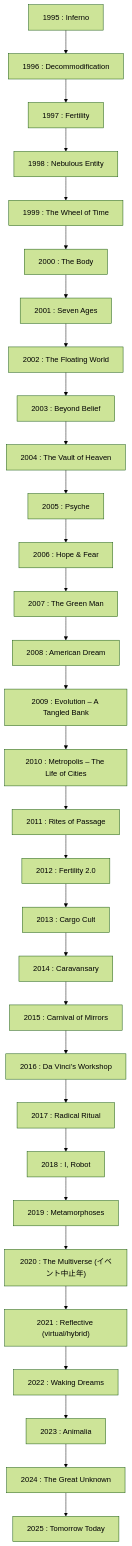
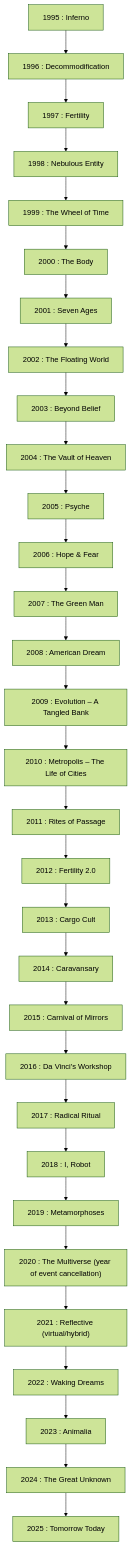
The diagram in en/_posts/2025-09-28-Column-Burningman.md (monumental-movement/monumental-movement.github.io), drawn with Mermaid (forest theme) before and after one commit. The commit also changed other lines of this file and 1631 other files, not shown here.

```diff
--- a/en/_posts/2025-09-28-Column-Burningman.md
+++ b/en/_posts/2025-09-28-Column-Burningman.md
@@ -137,34 +128,34 @@
 <div class="mermaid">
 flowchart TD
     A1995["1995 : Inferno"] --> A1996["1996 : Decommodification"]
     A1996 --> A1997["1997 : Fertility"]
     A1997 --> A1998["1998 : Nebulous Entity"]
     A1998 --> A1999["1999 : The Wheel of Time"]
     A1999 --> A2000["2000 : The Body"]
     A2000 --> A2001["2001 : Seven Ages"]
     A2001 --> A2002["2002 : The Floating World"]
     A2002 --> A2003["2003 : Beyond Belief"]
     A2003 --> A2004["2004 : The Vault of Heaven"]
     A2004 --> A2005["2005 : Psyche"]
     A2005 --> A2006["2006 : Hope & Fear"]
     A2006 --> A2007["2007 : The Green Man"]
     A2007 --> A2008["2008 : American Dream"]
     A2008 --> A2009["2009 : Evolution – A Tangled Bank"]
     A2009 --> A2010["2010 : Metropolis – The Life of Cities"]
     A2010 --> A2011["2011 : Rites of Passage"]
     A2011 --> A2012["2012 : Fertility 2.0"]
     A2012 --> A2013["2013 : Cargo Cult"]
     A2013 --> A2014["2014 : Caravansary"]
     A2014 --> A2015["2015 : Carnival of Mirrors"]
-    A2015 --> A2016["2016 : Da Vinci’s Workshop"]
+    A2015 --> A2016["2016 : Da Vinci's Workshop"]
     A2016 --> A2017["2017 : Radical Ritual"]
     A2017 --> A2018["2018 : I, Robot"]
     A2018 --> A2019["2019 : Metamorphoses"]
-    A2019 --> A2020["2020 : The Multiverse (イベント中止年)"]
+    A2019 --> A2020["2020 : The Multiverse (year of event cancellation)"]
     A2020 --> A2021["2021 : Reflective (virtual/hybrid)"]
     A2021 --> A2022["2022 : Waking Dreams"]
     A2022 --> A2023["2023 : Animalia"]
     A2023 --> A2024["2024 : The Great Unknown"]
     A2024 --> A2025["2025 : Tomorrow Today"]
 
 </div>
```
